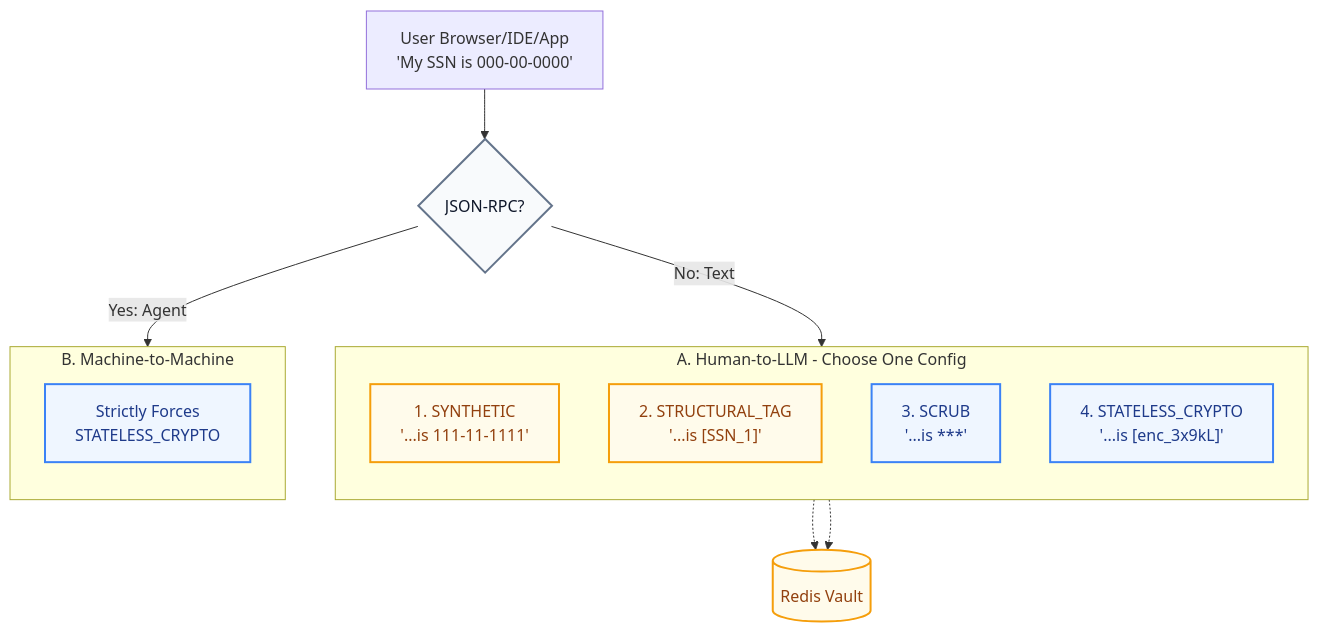
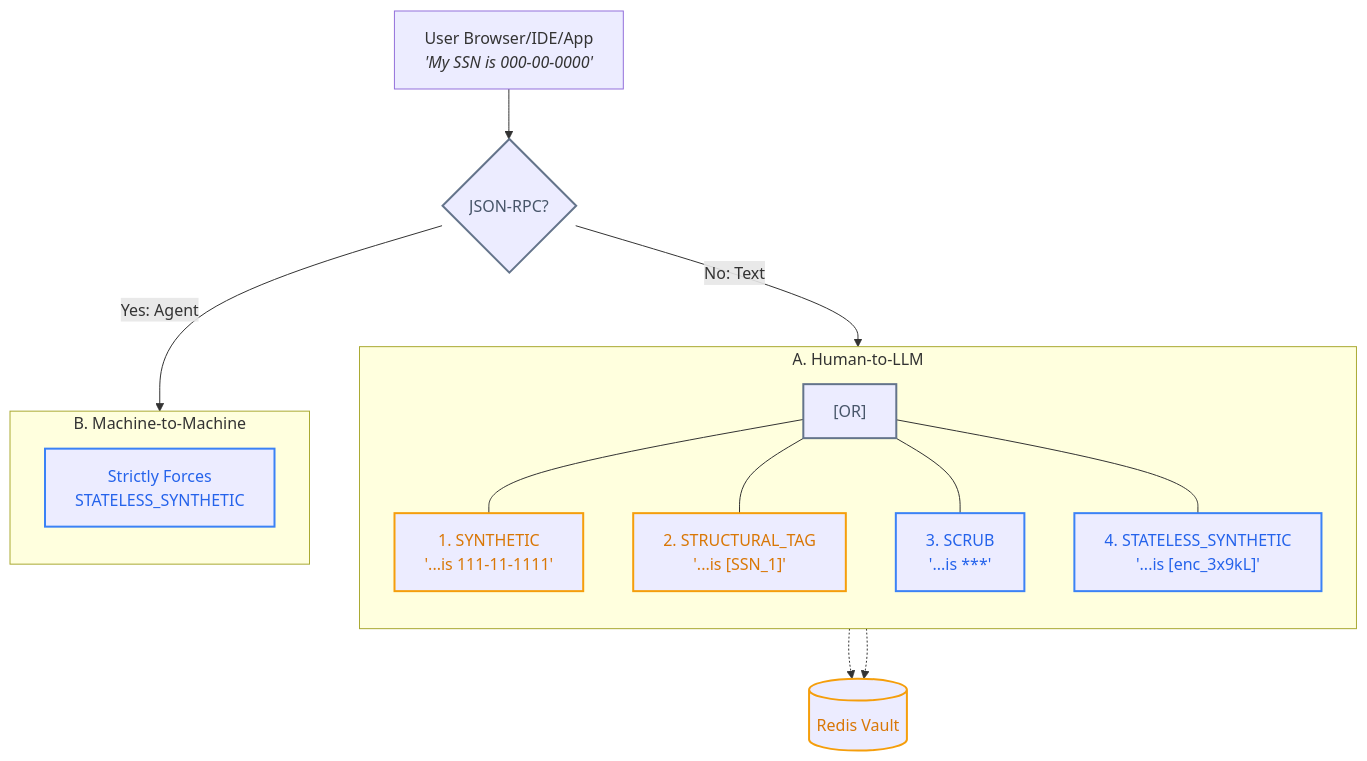
Before and after one commit to ninadphalak/LLM-Shield-Proxy: the first of 2 diagrams in README.md, drawn with Mermaid. The commit also changed other lines of this file and 22 other files, not shown here.

Commit message:
refactor: globally rename STATELESS_CRYPTO to STATELESS_SYNTHETIC and overhaul diagrams

````diff
--- a/README.md
+++ b/README.md
@@ -38,27 +38,33 @@
 ```mermaid
 flowchart TD
-    classDef stateful fill:#fffbeb,stroke:#f59e0b,stroke-width:2px,color:#92400e
-    classDef stateless fill:#eff6ff,stroke:#3b82f6,stroke-width:2px,color:#1e3a8a
-    classDef router fill:#f8fafc,stroke:#64748b,stroke-width:2px,color:#0f172a
+    classDef stateful stroke:#f59e0b,stroke-width:2px,color:#d97706
+    classDef stateless stroke:#3b82f6,stroke-width:2px,color:#2563eb
+    classDef router stroke:#64748b,stroke-width:2px,color:#475569
 
-    Client["User Browser/IDE/App<br/>'My SSN is 000-00-0000'"] --> Router{"JSON-RPC?"}:::router
+    Client["User Browser/IDE/App<br/><i>'My SSN is 000-00-0000'</i>"] --> Router{"JSON-RPC?"}:::router
     
-    subgraph SubA [A. Human-to-LLM - Choose One Config]
+    subgraph SubA [A. Human-to-LLM]
         direction TB
+        Or["[OR]"]:::router
         Syn["1. SYNTHETIC<br/>'...is 111-11-1111'"]:::stateful
         Tag["2. STRUCTURAL_TAG<br/>'...is [SSN_1]'"]:::stateful
         Scrub["3. SCRUB<br/>'...is ***'"]:::stateless
-        CryptoA["4. STATELESS_CRYPTO<br/>'...is [enc_3x9kL]'"]:::stateless
+        CryptoA["4. STATELESS_SYNTHETIC<br/>'...is [enc_3x9kL]'"]:::stateless
+        
+        Or --- Syn
+        Or --- Tag
+        Or --- Scrub
+        Or --- CryptoA
     end
 
     subgraph SubB [B. Machine-to-Machine]
         direction TB
-        CryptoB["Strictly Forces<br/>STATELESS_CRYPTO"]:::stateless
+        CryptoB["Strictly Forces<br/>STATELESS_SYNTHETIC"]:::stateless
     end
     
     Router -->|No: Text| SubA
     Router -->|Yes: Agent| SubB
     
     Syn -.-> Redis[(Redis Vault)]:::stateful
     Tag -.-> Redis
 ```
````
